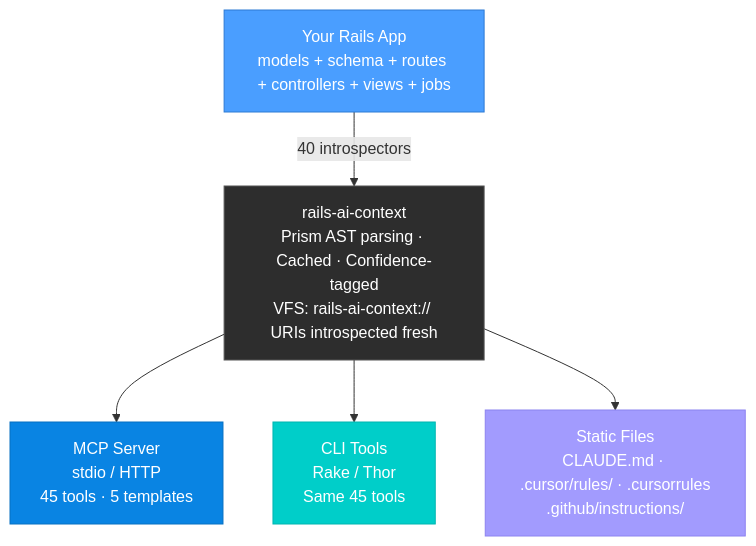
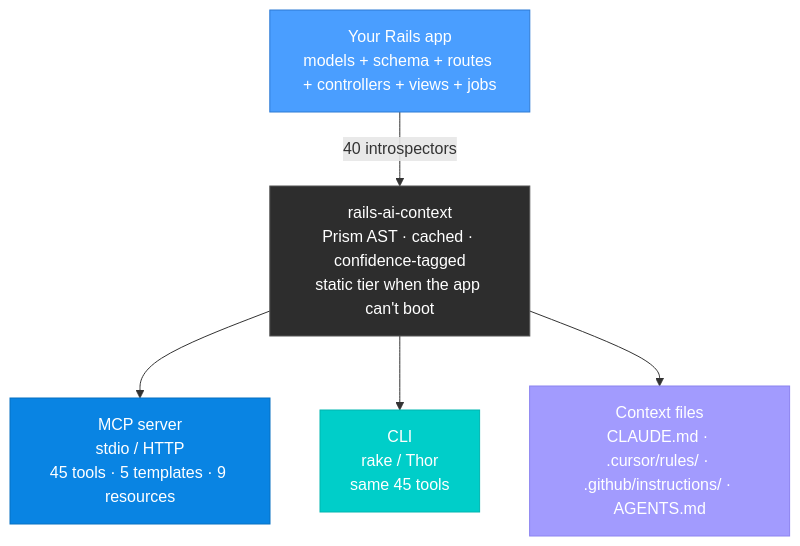
Before and after one commit to crisnahine/rails-ai-context: the diagram in README.md, drawn with Mermaid. The commit also changed other lines of this file, not shown here.

````diff
--- a/README.md
+++ b/README.md
@@ -404,16 +287,14 @@
 ```mermaid
 graph TD
-    A["Your Rails App\nmodels + schema + routes + controllers + views + jobs"] -->|"40 introspectors"| B
-
-    B["rails-ai-context\nPrism AST parsing · Cached · Confidence-tagged\nVFS: rails-ai-context:// URIs introspected fresh"]
-
-    B --> C["MCP Server\nstdio / HTTP\n45 tools · 5 templates"]
-    B --> D["CLI Tools\nRake / Thor\nSame 45 tools"]
-    B --> E["Static Files\nCLAUDE.md · .cursor/rules/ · .cursorrules\n.github/instructions/"]
+    A["Your Rails app\nmodels + schema + routes + controllers + views + jobs"] -->|"40 introspectors"| B
+    B["rails-ai-context\nPrism AST · cached · confidence-tagged\nstatic tier when the app can't boot"]
+    B --> C["MCP server\nstdio / HTTP\n45 tools · 5 templates · 9 resources"]
+    B --> D["CLI\nrake / Thor\nsame 45 tools"]
+    B --> E["Context files\nCLAUDE.md · .cursor/rules/ · .github/instructions/ · AGENTS.md"]
 
     style A fill:#4a9eff,stroke:#2d7ad4,color:#fff
     style B fill:#2d2d2d,stroke:#555,color:#fff
     style C fill:#0984e3,stroke:#0770c2,color:#fff
     style D fill:#00cec9,stroke:#00b5b0,color:#fff
     style E fill:#a29bfe,stroke:#8c83f0,color:#fff
 ```
````
